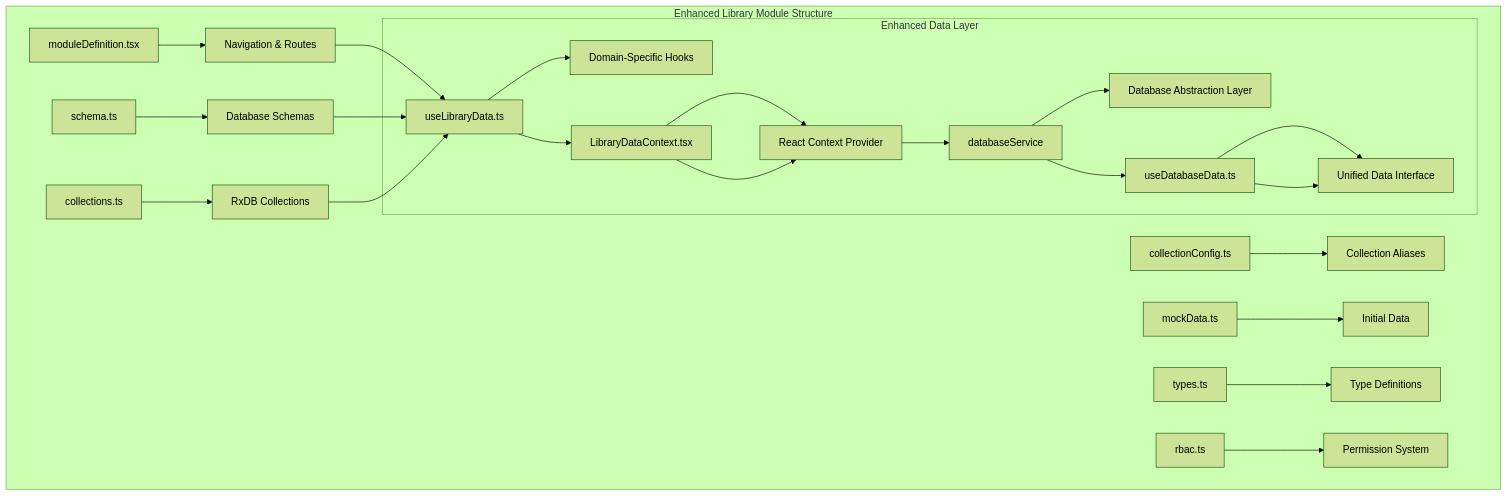
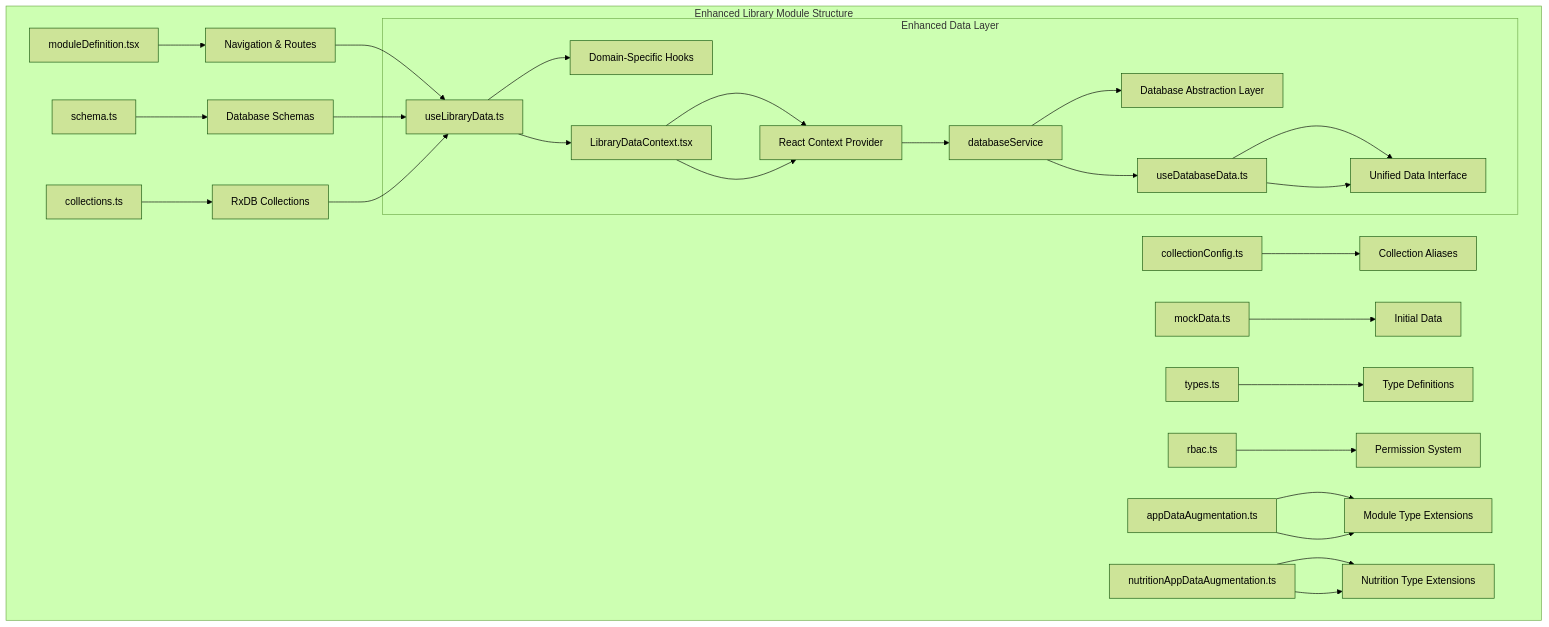
The first of 12 diagrams in .qoder/repowiki/en/content/Modules System/Library Module.md (geniusdynamics/schoolpilot), drawn with Mermaid (forest theme) before and after one commit. The commit also changed other lines of this file and 54 other files, not shown here.

````diff
--- a/.qoder/repowiki/en/content/Modules System/Library Module.md
+++ b/.qoder/repowiki/en/content/Modules System/Library Module.md
@@ -47,26 +59,30 @@
 ```mermaid
 graph TB
 subgraph "Enhanced Library Module Structure"
 A[moduleDefinition.tsx] --> B[Navigation & Routes]
 C[schema.ts] --> D[Database Schemas]
 E[collections.ts] --> F[RxDB Collections]
 G[collectionConfig.ts] --> H[Collection Aliases]
 I[mockData.ts] --> J[Initial Data]
 K[types.ts] --> L[Type Definitions]
 M[rbac.ts] --> N[Permission System]
+O[appDataAugmentation.ts] --> P[Module Type Extensions]
+Q[nutritionAppDataAugmentation.ts] --> R[Nutrition Type Extensions]
 subgraph "Enhanced Data Layer"
-O[useLibraryData.ts] --> P[Domain-Specific Hooks]
-Q[LibraryDataContext.tsx] --> R[React Context Provider]
-S[databaseService] --> T[Database Abstraction Layer]
-U[useDatabaseData.ts] --> V[Unified Data Interface]
+S[useLibraryData.ts] --> T[Domain-Specific Hooks]
+U[LibraryDataContext.tsx] --> V[React Context Provider]
+W[databaseService] --> X[Database Abstraction Layer]
+Y[useDatabaseData.ts] --> Z[Unified Data Interface]
 end
-B --> O
-D --> O
-F --> O
-O --> Q
-Q --> R
-R --> S
+B --> S
+D --> S
+F --> S
 S --> U
 U --> V
+V --> W
+W --> Y
+Y --> Z
+O --> P
+Q --> R
 end
 ```
````
